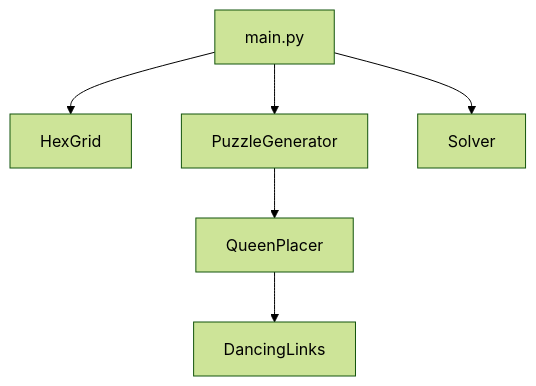
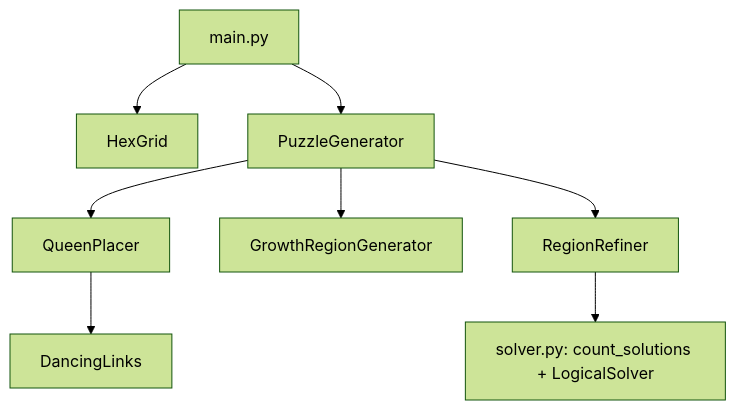
Before and after one commit to HobbesSR/hexqueen: the diagram in README.md, drawn with Mermaid (forest theme). The commit also changed other lines of this file and 19 other files, not shown here.

````diff
--- a/README.md
+++ b/README.md
@@ -18,8 +28,10 @@
 ```mermaid
 graph TD
     A[main.py] --> B[HexGrid]
     A --> C[PuzzleGenerator]
-    A --> D[Solver]
     C --> E[QueenPlacer]
     E --> I[DancingLinks]
+    C --> F[GrowthRegionGenerator]
+    C --> R[RegionRefiner]
+    R --> S[solver.py: count_solutions + LogicalSolver]
 ```
````
